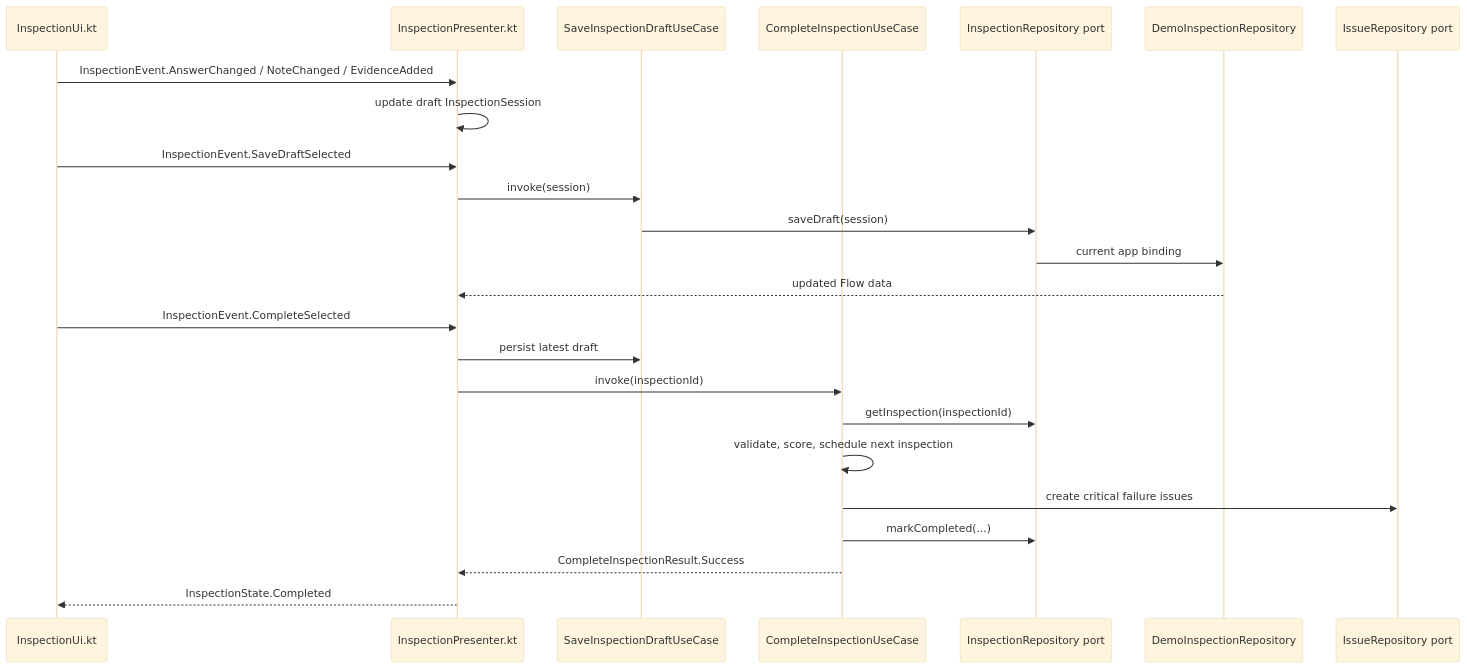
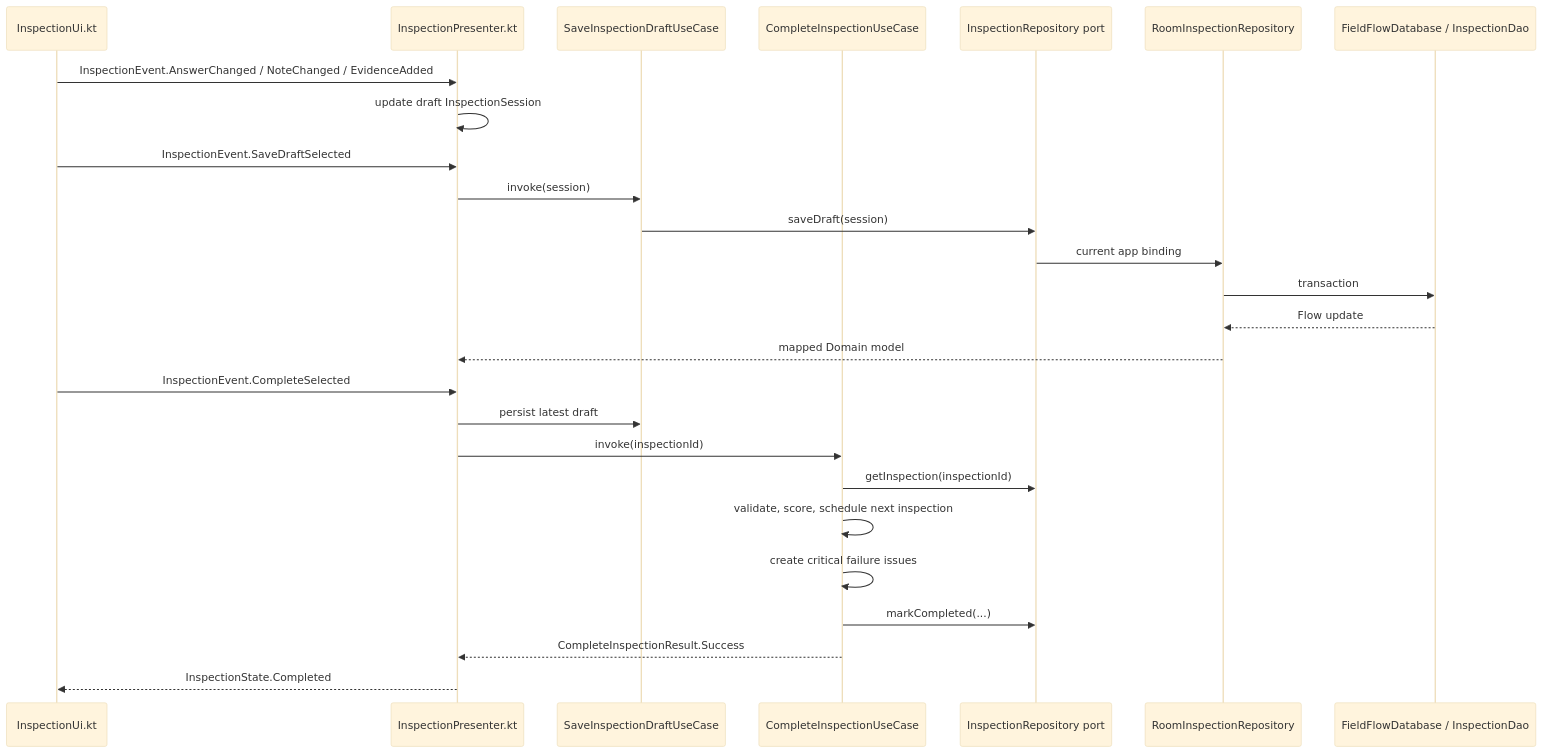
The second of 2 diagrams in docs/architecture/SEMINAR_CLEAN_ARCHITECTURE_GUIDE.md (qthangus78/CS426---Project), drawn with Mermaid (base theme) before and after one commit. The commit also changed other lines of this file and 13 other files, not shown here.

Commit message:
align FieldFlow guidance with Room runtime

````diff
--- a/docs/architecture/SEMINAR_CLEAN_ARCHITECTURE_GUIDE.md
+++ b/docs/architecture/SEMINAR_CLEAN_ARCHITECTURE_GUIDE.md
@@ -130,27 +130,29 @@
 ```mermaid
 sequenceDiagram
     participant UI as InspectionUi.kt
     participant Presenter as InspectionPresenter.kt
     participant Save as SaveInspectionDraftUseCase
     participant Complete as CompleteInspectionUseCase
     participant Port as InspectionRepository port
-    participant Demo as DemoInspectionRepository
-    participant Issue as IssueRepository port
+    participant Adapter as RoomInspectionRepository
+    participant Database as FieldFlowDatabase / InspectionDao
 
     UI->>Presenter: InspectionEvent.AnswerChanged / NoteChanged / EvidenceAdded
     Presenter->>Presenter: update draft InspectionSession
     UI->>Presenter: InspectionEvent.SaveDraftSelected
     Presenter->>Save: invoke(session)
     Save->>Port: saveDraft(session)
-    Port->>Demo: current app binding
-    Demo-->>Presenter: updated Flow data
+    Port->>Adapter: current app binding
+    Adapter->>Database: transaction
+    Database-->>Adapter: Flow update
+    Adapter-->>Presenter: mapped Domain model
     UI->>Presenter: InspectionEvent.CompleteSelected
     Presenter->>Save: persist latest draft
     Presenter->>Complete: invoke(inspectionId)
     Complete->>Port: getInspection(inspectionId)
     Complete->>Complete: validate, score, schedule next inspection
-    Complete->>Issue: create critical failure issues
+    Complete->>Complete: create critical failure issues
     Complete->>Port: markCompleted(...)
     Complete-->>Presenter: CompleteInspectionResult.Success
     Presenter-->>UI: InspectionState.Completed
 ```
````
